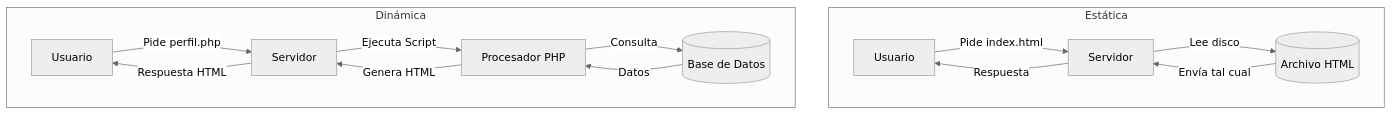
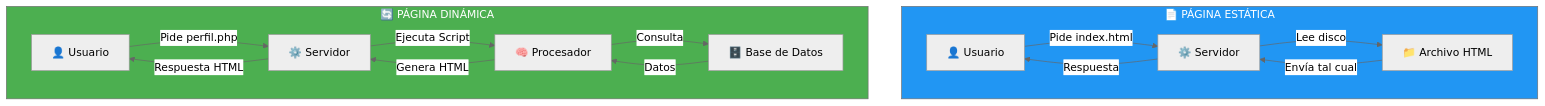
Before and after one commit to joseluisgs/DesarrolloWebEntornosServidor-01-2026-2027: the first of 2 diagrams in 06-web-dinamica.md, drawn with Mermaid (neutral theme). The commit also changed other lines of this file and 8 other files, not shown here.

````diff
--- a/06-web-dinamica.md
+++ b/06-web-dinamica.md
@@ -29,18 +36,21 @@
 ```mermaid
 graph TD
-    subgraph Estática
-    U1[Usuario] -->|Pide index.html| S1[Servidor]
-    S1 -->|Lee disco| D1[(Archivo HTML)]
-    D1 -->|Envía tal cual| S1
-    S1 -->|Respuesta| U1
+    subgraph ESTÁTICA["📄 PÁGINA ESTÁTICA"]
+        U1["👤 Usuario"] -->|"Pide index.html"| S1["⚙️ Servidor"]
+        S1 -->|"Lee disco"| D1["📁 Archivo HTML"]
+        D1 -->|"Envía tal cual"| S1
+        S1 -->|"Respuesta"| U1
     end
 
-    subgraph Dinámica
-    U2[Usuario] -->|Pide perfil.php| S2[Servidor]
-    S2 -->|Ejecuta Script| P[Procesador PHP]
-    P -->|Consulta| DB[(Base de Datos)]
-    DB -->|Datos| P
-    P -->|Genera HTML| S2
-    S2 -->|Respuesta HTML| U2
+    subgraph DINÁMICA["🔄 PÁGINA DINÁMICA"]
+        U2["👤 Usuario"] -->|"Pide perfil.php"| S2["⚙️ Servidor"]
+        S2 -->|"Ejecuta Script"| P["🧠 Procesador"]
+        P -->|"Consulta"| DB["🗄️ Base de Datos"]
+        DB -->|"Datos"| P
+        P -->|"Genera HTML"| S2
+        S2 -->|"Respuesta HTML"| U2
     end
+
+    style ESTÁTICA fill:#2196F3,color:#fff
+    style DINÁMICA fill:#4CAF50,color:#fff
 ```
````
